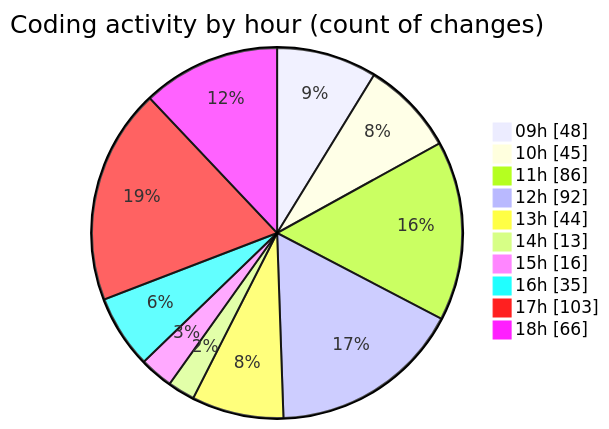
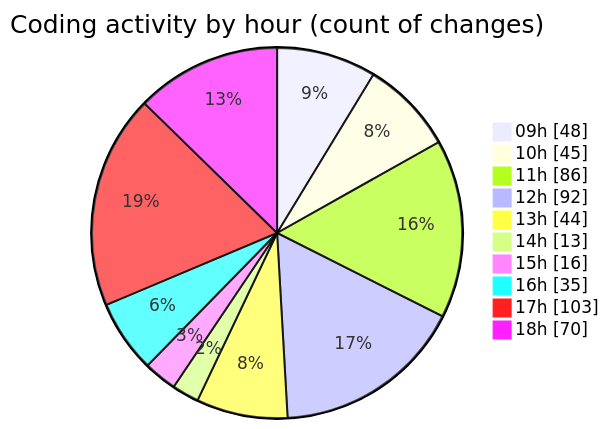
The second of 2 diagrams in 2025-03-14/cda/README.md (momahboobian/code-tracking), drawn with Mermaid before and after one commit. The commit also changed other lines of this file and 1 other file, not shown here.

````diff
--- a/2025-03-14/cda/README.md
+++ b/2025-03-14/cda/README.md
@@ -52,14 +52,14 @@
 ```mermaid
 pie showData
 title Coding activity by hour (count of changes)
 "09h" : 48
 "10h" : 45
 "11h" : 86
 "12h" : 92
 "13h" : 44
 "14h" : 13
 "15h" : 16
 "16h" : 35
 "17h" : 103
-"18h" : 66
+"18h" : 70
 ```
````
